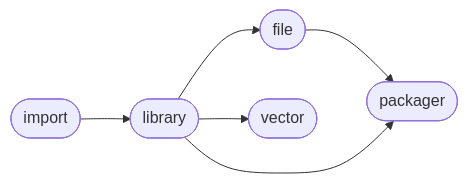
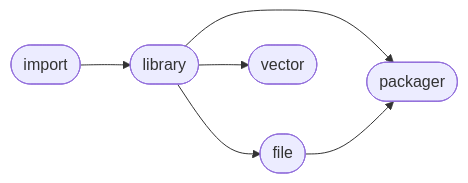
The diagram in README.md (Mandera/Mandera), drawn with Mermaid before and after one commit. The commit also changed other lines of this file, not shown here.

````diff
--- a/README.md
+++ b/README.md
@@ -7,13 +7,13 @@
 ```mermaid
 flowchart LR
+0([import]) --> 1([library])
+1([library]) --> 4([packager])
+1([library]) --> 3([vector])
+1([library]) --> 2([file])
 2([file]) --> 4([packager])
-0([import]) --> 1([library])
-1([library]) --> 2([file])
-1([library]) --> 3([vector])
-1([library]) --> 4([packager])
 click 0 "https://github.com/ManderaGeneral/generalimport"
 click 1 "https://github.com/ManderaGeneral/generallibrary"
 click 2 "https://github.com/ManderaGeneral/generalfile"
 click 3 "https://github.com/ManderaGeneral/generalvector"
 click 4 "https://github.com/ManderaGeneral/generalpackager"
 ```
````
